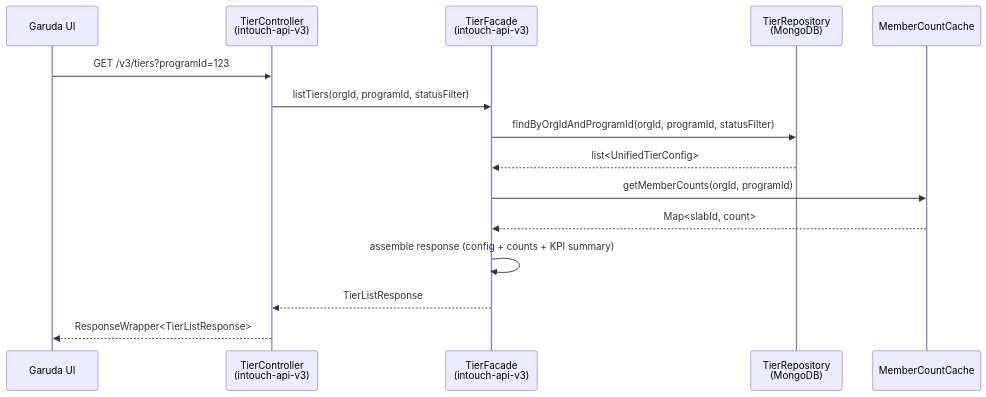
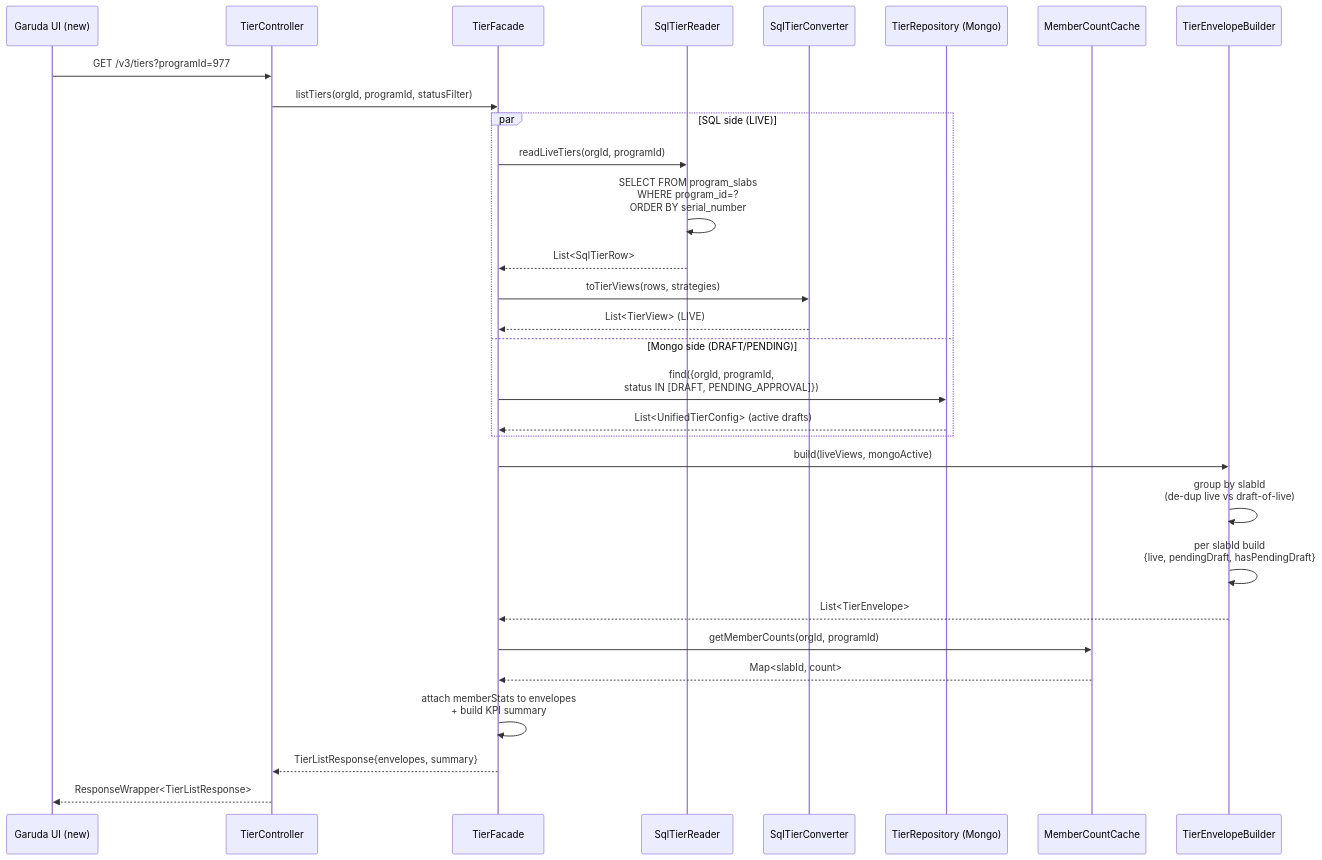
Before and after one commit to BaljeetSinghCapillaryTech/kalpavriksha: the sixth of 9 diagrams in docs/pipeline/tier/cross-repo-trace.md, drawn with Mermaid. The commit also changed other lines of this file, not shown here.

First line of the commit message:
raidlc/ai_tier: Rework #5 cascade Step 7 — Cross-Repo Trace

````diff
--- a/docs/pipeline/tier/cross-repo-trace.md
+++ b/docs/pipeline/tier/cross-repo-trace.md
@@ -67,18 +198,36 @@
 ```mermaid
 sequenceDiagram
-    participant UI as Garuda UI
-    participant TC as TierController<br/>(intouch-api-v3)
-    participant TF as TierFacade<br/>(intouch-api-v3)
-    participant TR as TierRepository<br/>(MongoDB)
+    participant UI as Garuda UI (new)
+    participant TC as TierController
+    participant TF as TierFacade
+    participant SR as SqlTierReader
+    participant SC as SqlTierConverter
+    participant TR as TierRepository (Mongo)
     participant CACHE as MemberCountCache
-    
-    UI->>TC: GET /v3/tiers?programId=123
+    participant EB as TierEnvelopeBuilder
+
+    UI->>TC: GET /v3/tiers?programId=977
     TC->>TF: listTiers(orgId, programId, statusFilter)
-    TF->>TR: findByOrgIdAndProgramId(orgId, programId, statusFilter)
-    TR-->>TF: list<UnifiedTierConfig>
+
+    par SQL side (LIVE)
+        TF->>SR: readLiveTiers(orgId, programId)
+        SR->>SR: SELECT FROM program_slabs<br/>WHERE program_id=?<br/>ORDER BY serial_number
+        SR-->>TF: List<SqlTierRow>
+        TF->>SC: toTierViews(rows, strategies)
+        SC-->>TF: List<TierView> (LIVE)
+    and Mongo side (DRAFT/PENDING)
+        TF->>TR: find({orgId, programId,<br/>status IN [DRAFT, PENDING_APPROVAL]})
+        TR-->>TF: List<UnifiedTierConfig> (active drafts)
+    end
+
+    TF->>EB: build(liveViews, mongoActive)
+    EB->>EB: group by slabId<br/>(de-dup live vs draft-of-live)
+    EB->>EB: per slabId build<br/>{live, pendingDraft, hasPendingDraft}
+    EB-->>TF: List<TierEnvelope>
+
     TF->>CACHE: getMemberCounts(orgId, programId)
     CACHE-->>TF: Map<slabId, count>
-    TF->>TF: assemble response (config + counts + KPI summary)
-    TF-->>TC: TierListResponse
+    TF->>TF: attach memberStats to envelopes<br/>+ build KPI summary
+    TF-->>TC: TierListResponse{envelopes, summary}
     TC-->>UI: ResponseWrapper<TierListResponse>
 ```
````
